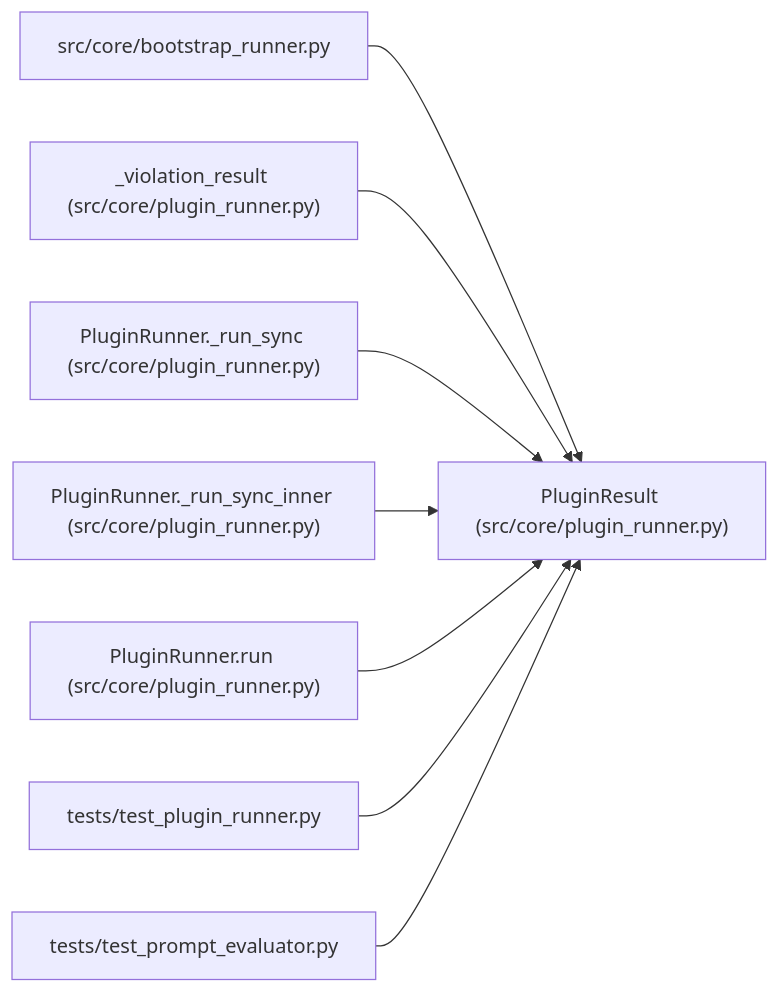
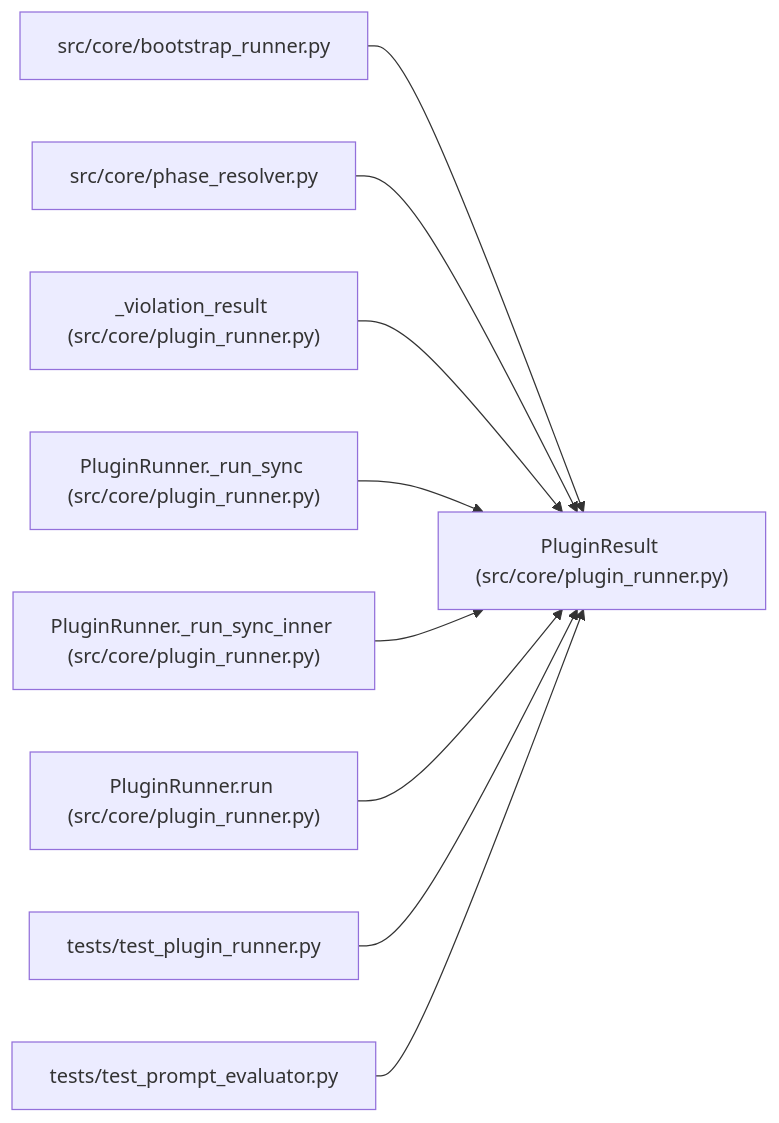
Before and after one commit to Denissvgn/autoresearch-agent: the diagram in docs/llm_wiki/entities/PluginResult.md, drawn with Mermaid. The commit also changed other lines of this file and 1033 other files, not shown here.

````diff
--- a/docs/llm_wiki/entities/PluginResult.md
+++ b/docs/llm_wiki/entities/PluginResult.md
@@ -50,26 +50,29 @@
 ```mermaid
 flowchart LR
     n0["PluginResult (src/core/plugin_runner.py)"]
     n1["src/core/bootstrap_runner.py"]
-    n2["_violation_result (src/core/plugin_runner.py)"]
-    n3["PluginRunner._run_sync (src/core/plugin_runner.py)"]
-    n4["PluginRunner._run_sync_inner (src/core/plugin_runner.py)"]
-    n5["PluginRunner.run (src/core/plugin_runner.py)"]
-    n6["tests/test_plugin_runner.py"]
-    n7["tests/test_prompt_evaluator.py"]
+    n2["src/core/phase_resolver.py"]
+    n3["_violation_result (src/core/plugin_runner.py)"]
+    n4["PluginRunner._run_sync (src/core/plugin_runner.py)"]
+    n5["PluginRunner._run_sync_inner (src/core/plugin_runner.py)"]
+    n6["PluginRunner.run (src/core/plugin_runner.py)"]
+    n7["tests/test_plugin_runner.py"]
+    n8["tests/test_prompt_evaluator.py"]
     n1 --> n0
     n2 --> n0
     n3 --> n0
     n4 --> n0
     n5 --> n0
     n6 --> n0
     n7 --> n0
+    n8 --> n0
     click n0 "../modules/plugin_runner.md"
     click n1 "../modules/bootstrap_runner.md"
-    click n2 "../modules/plugin_runner.md"
+    click n2 "../modules/phase_resolver.md"
     click n3 "../modules/plugin_runner.md"
     click n4 "../modules/plugin_runner.md"
     click n5 "../modules/plugin_runner.md"
-    click n6 "../modules/test_plugin_runner.md"
-    click n7 "../modules/test_prompt_evaluator.md"
+    click n6 "../modules/plugin_runner.md"
+    click n7 "../modules/test_plugin_runner.md"
+    click n8 "../modules/test_prompt_evaluator.md"
 ```
````
